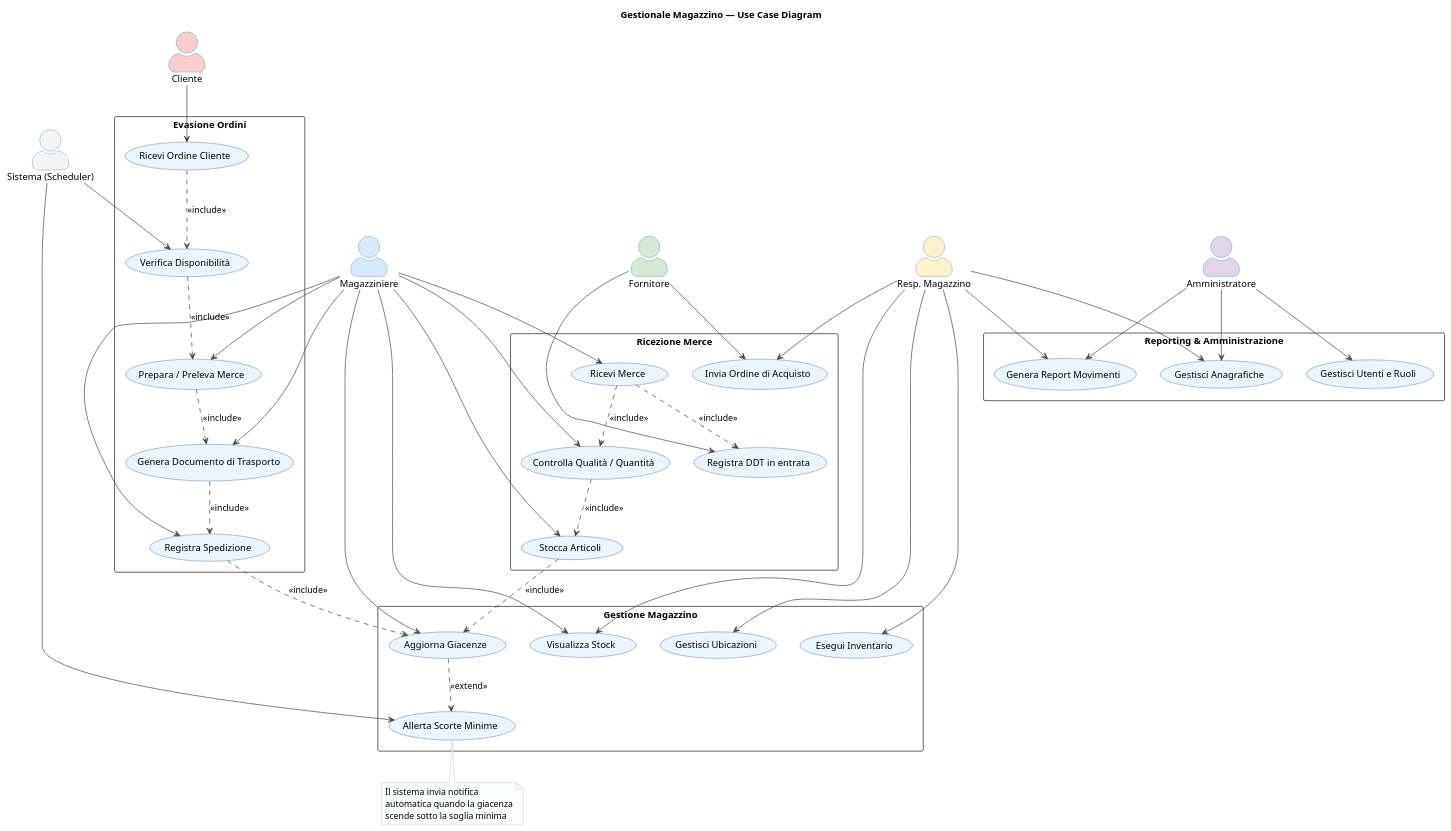
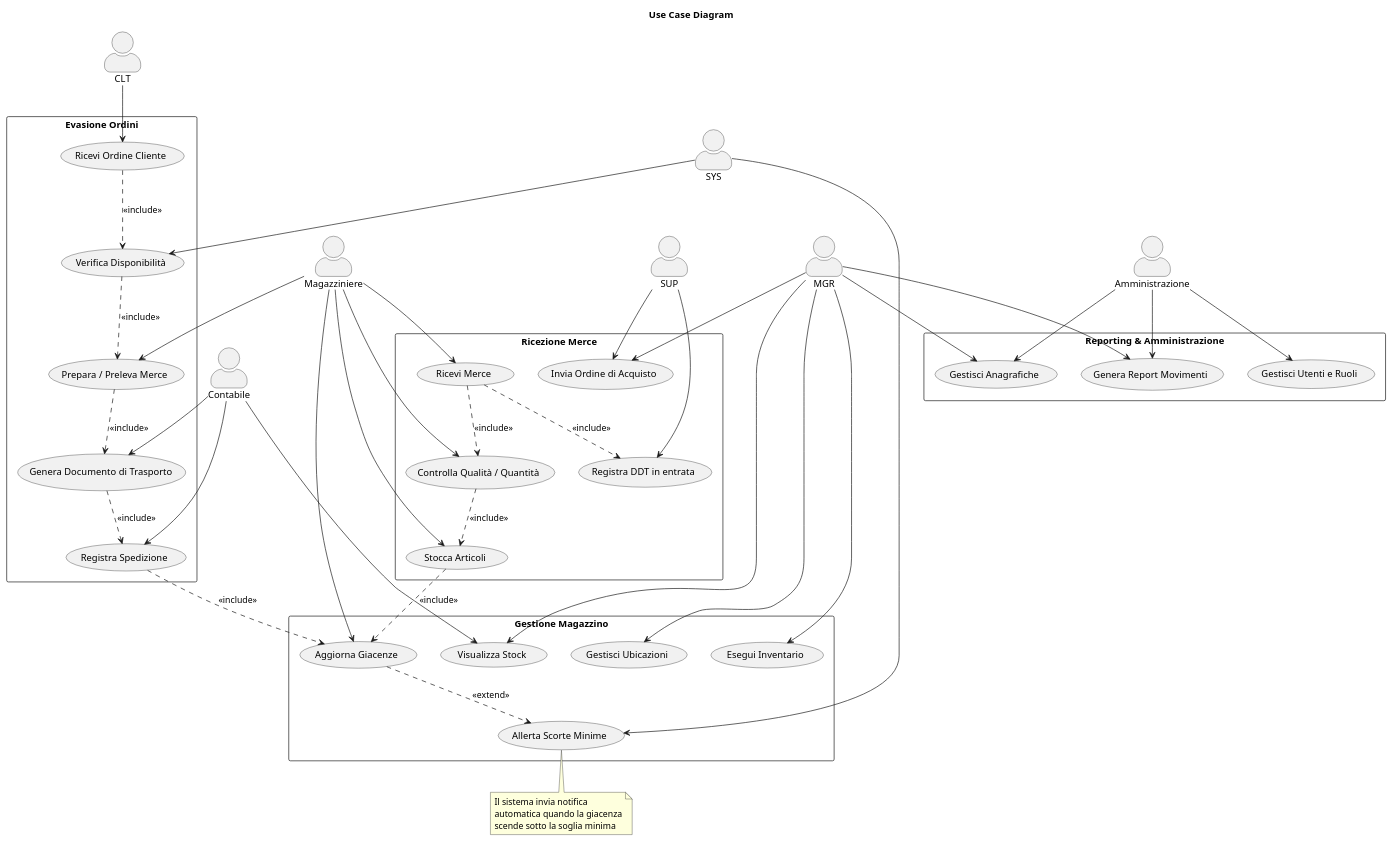
The first of 5 diagrams in Ingegneria del software/Progetto/gestionale_magazzino.puml (Dyved33/Appunti-secondo-anno-informatica), drawn with PlantUML before and after one commit. The commit also changed other lines of this file and 6 other files, not shown here.

```diff
--- a/Ingegneria del software/Progetto/gestionale_magazzino.puml
+++ b/Ingegneria del software/Progetto/gestionale_magazzino.puml
@@ -4,105 +3,95 @@
-@startuml 01_UseCaseDiagram
-title Gestionale Magazzino — Use Case Diagram
+@startuml UseCaseDiagram
+title Use Case Diagram
 
 skinparam actorStyle awesome
 skinparam packageStyle rectangle
-skinparam ArrowColor #444444
-skinparam ActorBorderColor #2E86AB
-skinparam ActorBackgroundColor #D6EAF8
-skinparam UsecaseBorderColor #1A5276
-skinparam UsecaseBackgroundColor #EBF5FB
-skinparam NoteBackgroundColor #FDFEFE
-skinparam NoteBorderColor #AAB7B8
 
 ' ─── ATTORI ───────────────────────────────────────────────
-actor "Fornitore"           as SUP  #D5E8D4
-actor "Magazziniere"        as WRK  #DAE8FC
-actor "Resp. Magazzino"     as MGR  #FFF2CC
-actor "Cliente"             as CLT  #F8CECC
-actor "Amministratore"      as ADM  #E1D5E7
-actor "Sistema (Scheduler)" as SYS  #F5F5F5
+actor "Magazziniere" as MAG 
+actor "Contabile" as CONT
+actor "Amministrazione" as ADM  
 
 ' ─── PACCHETTO: RICEZIONE MERCE ──────────────────────────
 package "Ricezione Merce" {
   usecase "Invia Ordine di Acquisto"      as UC_OA
   usecase "Ricevi Merce"                  as UC_RM
   usecase "Controlla Qualità / Quantità"  as UC_CQ
   usecase "Registra DDT in entrata"       as UC_DDT
   usecase "Stocca Articoli"               as UC_ST
 }
 
 ' ─── PACCHETTO: GESTIONE MAGAZZINO ───────────────────────
 package "Gestione Magazzino" {
   usecase "Visualizza Stock"              as UC_VS
   usecase "Aggiorna Giacenze"             as UC_AG
   usecase "Gestisci Ubicazioni"           as UC_UB
   usecase "Allerta Scorte Minime"         as UC_AL
   usecase "Esegui Inventario"             as UC_INV
 }
 
 ' ─── PACCHETTO: EVASIONE ORDINI ──────────────────────────
 package "Evasione Ordini" {
   usecase "Ricevi Ordine Cliente"         as UC_OC
   usecase "Verifica Disponibilità"        as UC_VD
   usecase "Prepara / Preleva Merce"       as UC_PP
   usecase "Genera Documento di Trasporto" as UC_GDT
   usecase "Registra Spedizione"           as UC_RS
 }
 
 ' ─── PACCHETTO: REPORTING ─────────────────────────────────
 package "Reporting & Amministrazione" {
   usecase "Genera Report Movimenti"       as UC_REP
   usecase "Gestisci Anagrafiche"          as UC_ANA
   usecase "Gestisci Utenti e Ruoli"       as UC_USR
 }
 
 ' ─── RELAZIONI ATTORI ─────────────────────────────────────
 SUP  --> UC_OA
 SUP  --> UC_DDT
 
-WRK  --> UC_RM
-WRK  --> UC_CQ
-WRK  --> UC_ST
-WRK  --> UC_AG
-WRK  --> UC_PP
-WRK  --> UC_GDT
-WRK  --> UC_RS
-WRK  --> UC_VS
+MAG  --> UC_RM
+MAG  --> UC_CQ
+MAG  --> UC_ST
+MAG  --> UC_AG
+MAG  --> UC_PP
+CONT --> UC_GDT
+CONT --> UC_RS
+CONT --> UC_VS
 
 MGR  --> UC_OA
 MGR  --> UC_INV
 MGR  --> UC_VS
 MGR  --> UC_UB
 MGR  --> UC_REP
 MGR  --> UC_ANA
 
 CLT  --> UC_OC
 
 SYS  --> UC_AL
 SYS  --> UC_VD
 
 ADM  --> UC_USR
 ADM  --> UC_ANA
 ADM  --> UC_REP
 
 ' ─── RELAZIONI TRA CASI D'USO ────────────────────────────
 UC_RM   ..> UC_CQ    : <<include>>
 UC_RM   ..> UC_DDT   : <<include>>
 UC_CQ   ..> UC_ST    : <<include>>
 UC_ST   ..> UC_AG    : <<include>>
 
 UC_OC   ..> UC_VD    : <<include>>
 UC_VD   ..> UC_PP    : <<include>>
 UC_PP   ..> UC_GDT   : <<include>>
 UC_GDT  ..> UC_RS    : <<include>>
 UC_RS   ..> UC_AG    : <<include>>
 
 UC_AG   ..> UC_AL    : <<extend>>
 
 note bottom of UC_AL
   Il sistema invia notifica
   automatica quando la giacenza
   scende sotto la soglia minima
 end note
 
 @enduml
```
